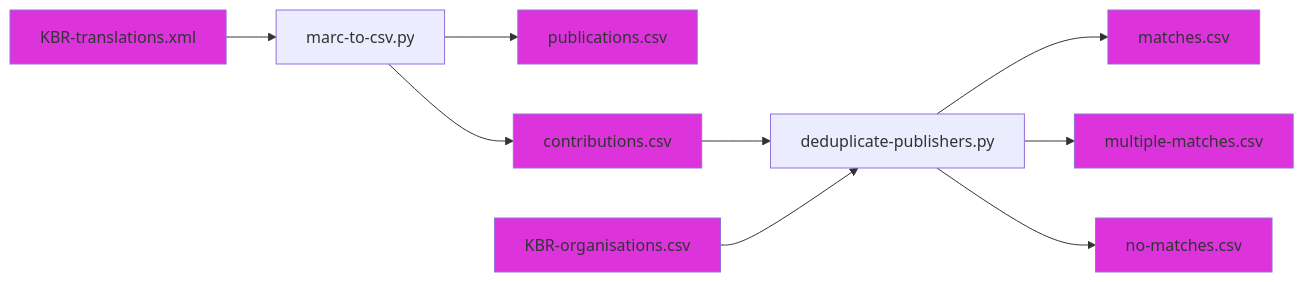
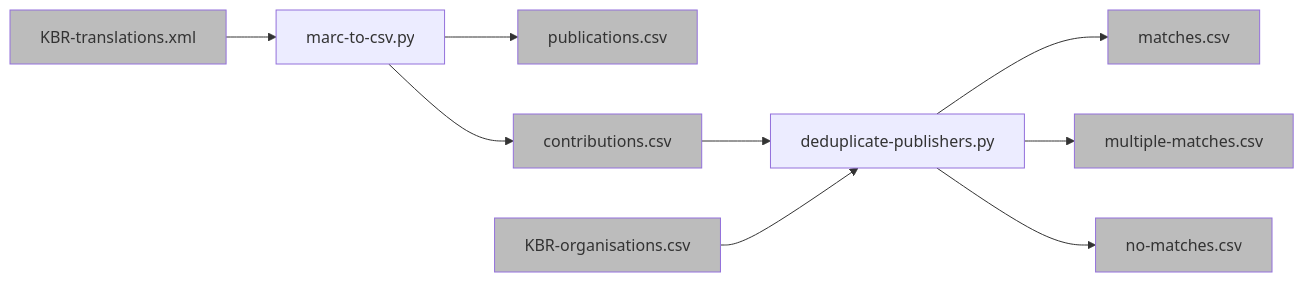
The diagram in data-quality/README.md (kbrbe/beltrans-data-integration), drawn with Mermaid before and after one commit. The commit also changed other lines of this file and 2 other files, not shown here.

Commit message:
mermaid instead of images

````diff
--- a/data-quality/README.md
+++ b/data-quality/README.md
@@ -26,14 +25,14 @@
 ```mermaid
 flowchart LR
     KBR["KBR-translations.xml"]:::doc --> MARC[marc-to-csv.py]
     MARC --> PUB["publications.csv"]:::doc
     MARC --> CONT["contributions.csv"]:::doc
     CONT --> DEDUP["deduplicate-publishers.py"]
     ORGS["KBR-organisations.csv"]:::doc --> DEDUP
     DEDUP --> MATCH["matches.csv"]:::doc
     DEDUP --> MULTIMATCH["multiple-matches.csv"]:::doc
     DEDUP --> NOMATCH["no-matches.csv"]:::doc
-    classDef doc fill:#D3D;
+    classDef doc fill:#bcbcbc;
     click MARC "https://github.com/kbrbe/beltrans-data-integration/data-sources/kbr/marc-to-csv.py"
     click DEDUP "https://github.com/kbrbe/beltrans-data-integration/data-sources/kbr/deduplicate-publishers.py"
 ```
````
